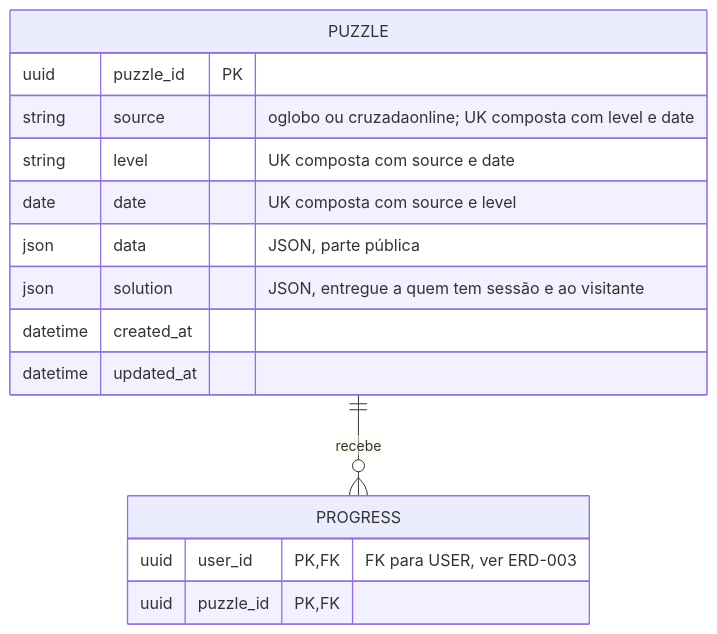
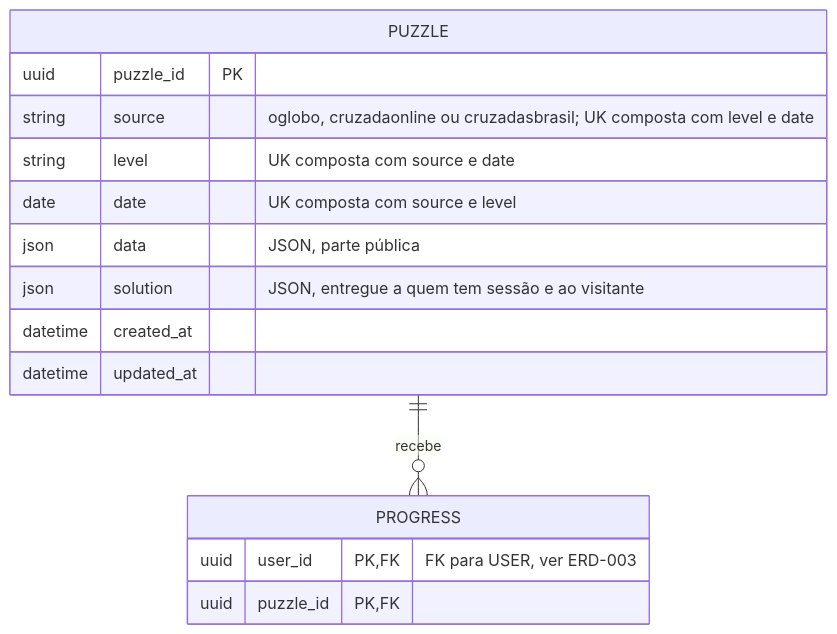
Before and after one commit to BrunoYTanaka/cruzadinha: the diagram in docs/entity-relationship-diagrams/ERD-002-coleta-puzzles.md, drawn with Mermaid. The commit also changed 15 other files, not shown here.

````diff
--- a/docs/entity-relationship-diagrams/ERD-002-coleta-puzzles.md
+++ b/docs/entity-relationship-diagrams/ERD-002-coleta-puzzles.md
@@ -1,20 +1,20 @@
 ```mermaid
 erDiagram
     PUZZLE {
         uuid puzzle_id PK
-        string source "oglobo ou cruzadaonline; UK composta com level e date"
+        string source "oglobo, cruzadaonline ou cruzadasbrasil; UK composta com level e date"
         string level "UK composta com source e date"
         date date "UK composta com source e level"
         json data "JSON, parte pública"
         json solution "JSON, entregue a quem tem sessão e ao visitante"
         datetime created_at
         datetime updated_at
     }
 
     PROGRESS {
         uuid user_id PK, FK "FK para USER, ver ERD-003"
         uuid puzzle_id PK, FK
     }
 
     PUZZLE ||--o{ PROGRESS : "recebe"
 ```
````
